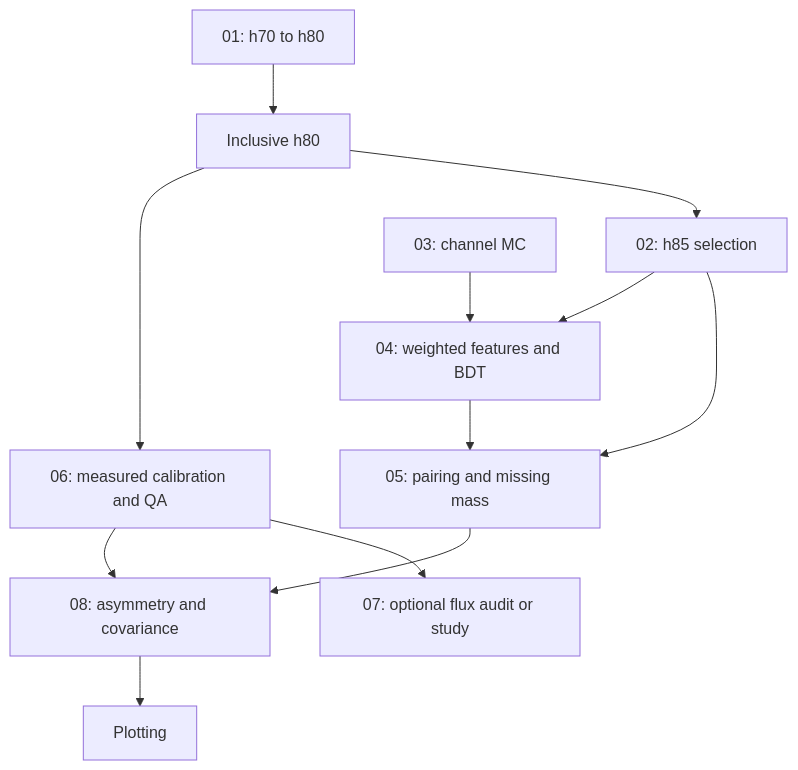
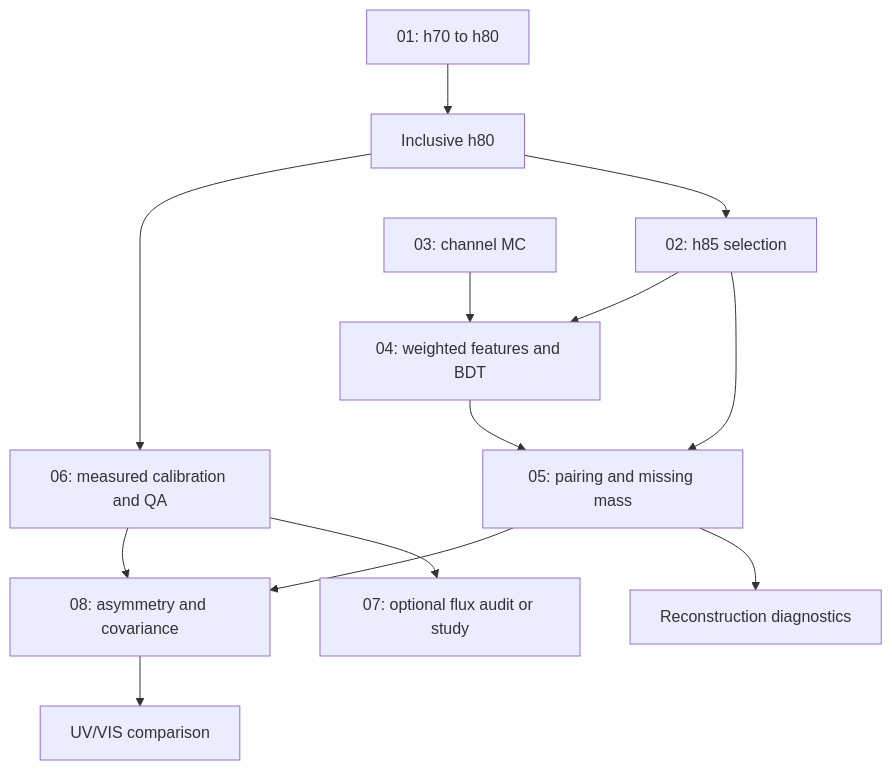
Before and after one commit to AntoninoFulci/GRAAL_Analysis: the diagram in wiki/workflow.md, drawn with Mermaid. The commit also changed other lines of this file and 75 other files, not shown here.

````diff
--- a/wiki/workflow.md
+++ b/wiki/workflow.md
@@ -5,14 +5,15 @@
 ```mermaid
 flowchart TD
   raw[01: h70 to h80] --> h80[Inclusive h80]
   h80 --> cal[06: measured calibration and QA]
   h80 --> select[02: h85 selection]
   mc[03: channel MC] --> train[04: weighted features and BDT]
   select --> train
   select --> reco[05: pairing and missing mass]
   train --> reco
   cal --> extract[08: asymmetry and covariance]
   reco --> extract
+  reco --> plots[Reconstruction diagnostics]
   cal --> audit[07: optional flux audit or study]
-  extract --> plots[Plotting]
+  extract --> comparison[UV/VIS comparison]
 ```
````
